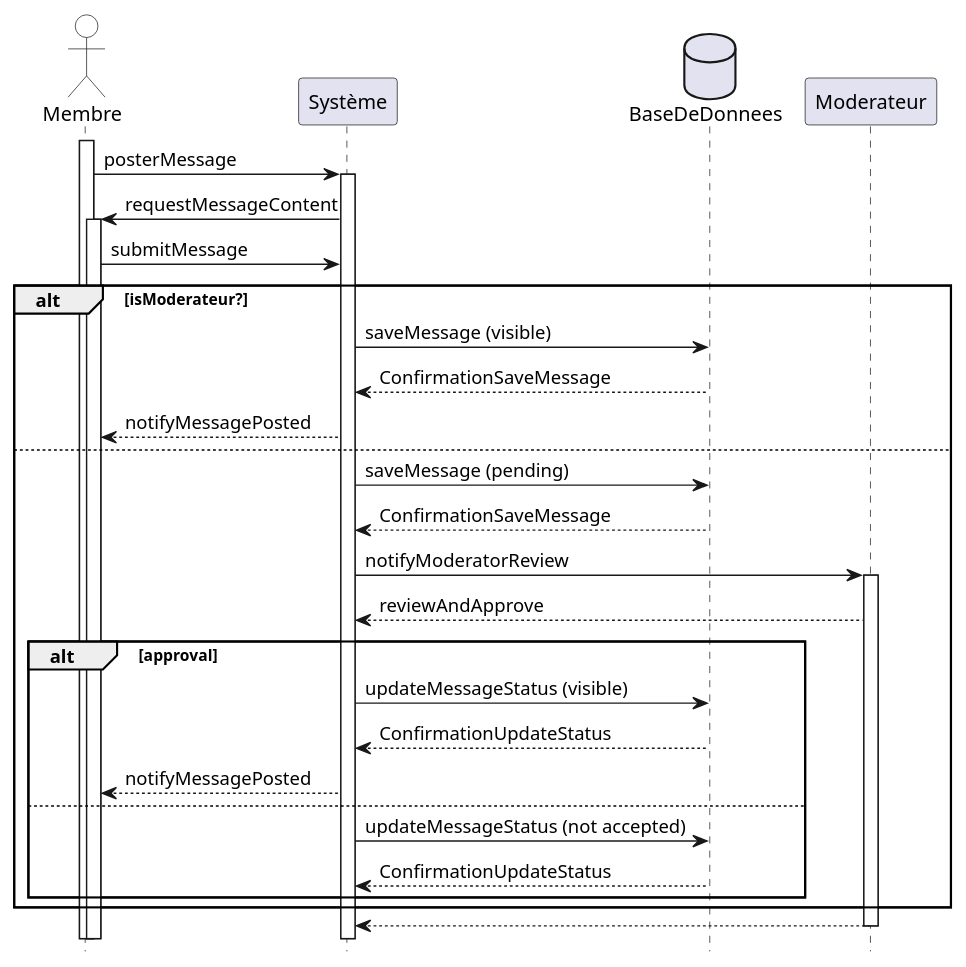
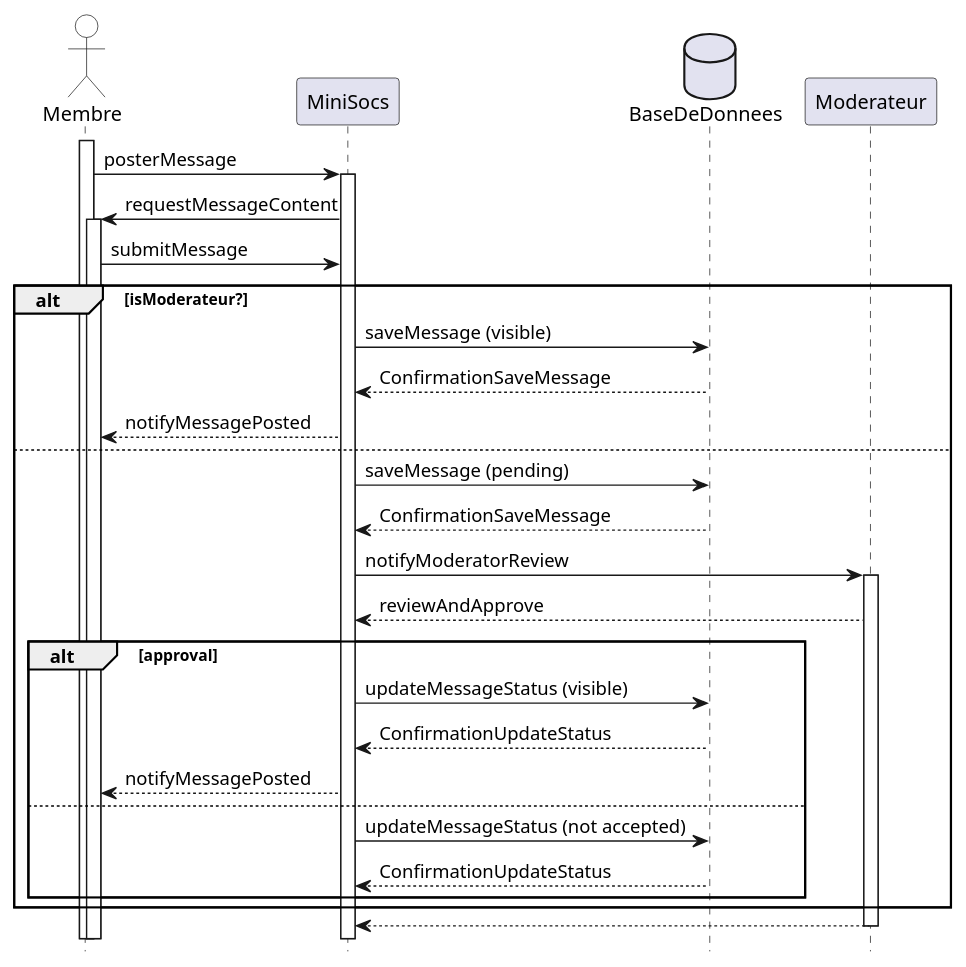
One commit to yesminete/MiniSocs changed the diagram in Diagrammes/minisocs_uml_diag_seq_poster_message.pu. Above: the diagram before and after it, drawn with PlantUML. The commit also changed 5 other files, not shown here.

Commit message:
Modification diagramme de seq poster message, diagramme de seq creer réseau, diagramme d'état message

```diff
--- a/Diagrammes/minisocs_uml_diag_seq_poster_message.pu
+++ b/Diagrammes/minisocs_uml_diag_seq_poster_message.pu
@@ -1,45 +1,45 @@
 @startuml
 
 'Diagramme de séquence (PlantUML)'
 
 'Configuration charte graphique'
 hide footbox
 skinparam sequenceParticiantBackgroundColor White
 skinparam sequenceActorBackgroundColor White
 
 'Déclaration des acteurs et des participants'
 actor Membre
-participant Système
+participant MiniSocs
 database BaseDeDonnees
 participant Moderateur
 
 'Interaction principale'
 activate Membre
-Membre -> Système: posterMessage
-activate Système
-Système -> Membre: requestMessageContent
+Membre -> MiniSocs: posterMessage
+activate MiniSocs
+MiniSocs -> Membre: requestMessageContent
 activate Membre
-Membre -> Système: submitMessage
+Membre -> MiniSocs: submitMessage
 
 alt isModerateur?
-    Système -> BaseDeDonnees: saveMessage (visible)
-    BaseDeDonnees --> Système: ConfirmationSaveMessage
-    Système --> Membre: notifyMessagePosted
+    MiniSocs -> BaseDeDonnees: saveMessage (visible)
+    BaseDeDonnees --> MiniSocs: ConfirmationSaveMessage
+    MiniSocs --> Membre: notifyMessagePosted
 else 
-    Système -> BaseDeDonnees: saveMessage (pending)
-    BaseDeDonnees --> Système: ConfirmationSaveMessage
-    Système -> Moderateur: notifyModeratorReview
+    MiniSocs -> BaseDeDonnees: saveMessage (pending)
+    BaseDeDonnees --> MiniSocs: ConfirmationSaveMessage
+    MiniSocs -> Moderateur: notifyModeratorReview
     activate Moderateur
-    Moderateur --> Système: reviewAndApprove
+    Moderateur --> MiniSocs: reviewAndApprove
     alt approval 
-       Système -> BaseDeDonnees: updateMessageStatus (visible)
-       BaseDeDonnees --> Système: ConfirmationUpdateStatus
-       Système --> Membre: notifyMessagePosted
+       MiniSocs -> BaseDeDonnees: updateMessageStatus (visible)
+       BaseDeDonnees --> MiniSocs: ConfirmationUpdateStatus
+       MiniSocs --> Membre: notifyMessagePosted
     else 
-       Système -> BaseDeDonnees: updateMessageStatus (not accepted)
-       BaseDeDonnees --> Système: ConfirmationUpdateStatus
+       MiniSocs -> BaseDeDonnees: updateMessageStatus (not accepted)
+       BaseDeDonnees --> MiniSocs: ConfirmationUpdateStatus
     end
 end
 return
 
 @enduml
```
